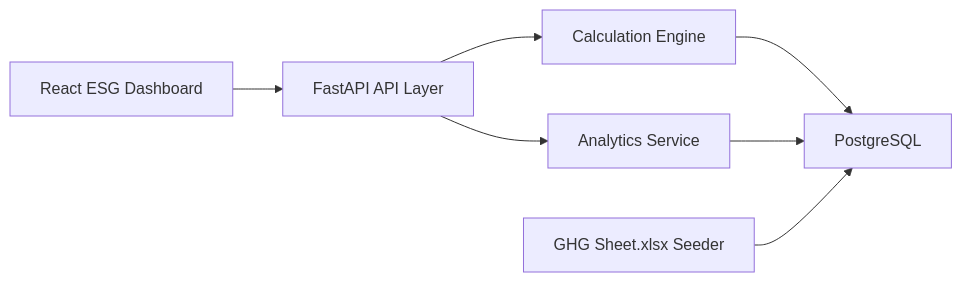
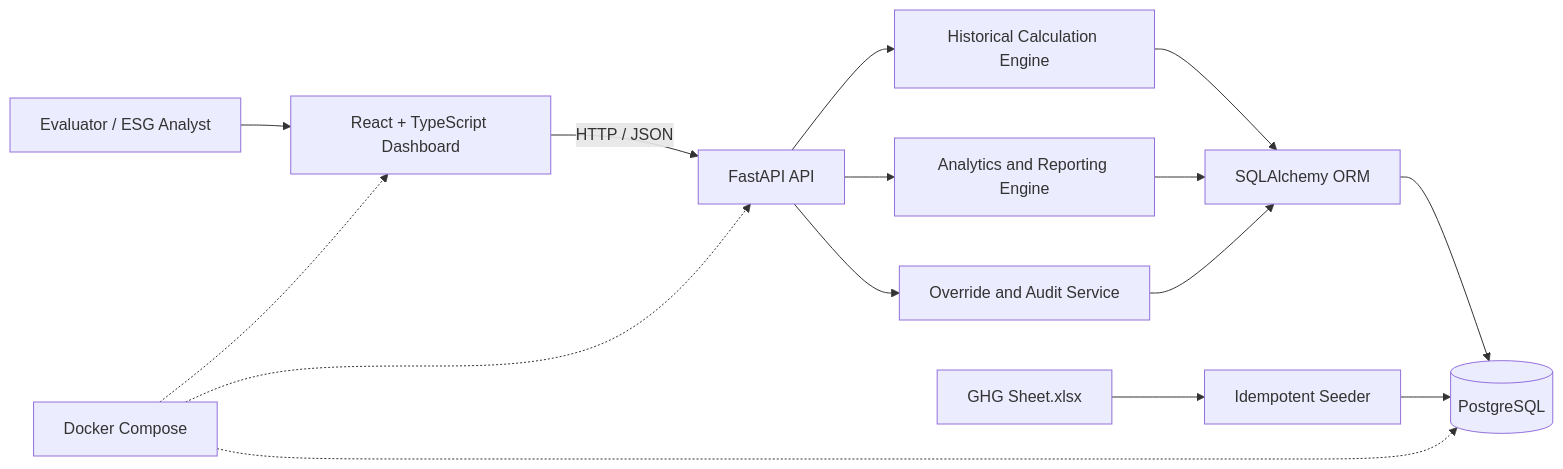
One commit to Redhair-Shannks/Carbon-Emissions changed the diagram in README.md. Above: the diagram before and after it, drawn with Mermaid. The commit also changed other lines of this file and 13 other files, not shown here.

````diff
--- a/README.md
+++ b/README.md
@@ -15,9 +15,17 @@
 ```mermaid
 flowchart LR
-  A["React ESG Dashboard"] --> B["FastAPI API Layer"]
-  B --> C["Calculation Engine"]
-  B --> D["Analytics Service"]
-  C --> E["PostgreSQL"]
-  D --> E
-  F["GHG Sheet.xlsx Seeder"] --> E
+  U["Evaluator / ESG Analyst"] --> F["React + TypeScript Dashboard"]
+  F -->|"HTTP / JSON"| A["FastAPI API"]
+  A --> C["Historical Calculation Engine"]
+  A --> R["Analytics and Reporting Engine"]
+  A --> O["Override and Audit Service"]
+  C --> S["SQLAlchemy ORM"]
+  R --> S
+  O --> S
+  S --> P[("PostgreSQL")]
+  W["GHG Sheet.xlsx"] --> I["Idempotent Seeder"]
+  I --> P
+  D["Docker Compose"] -.-> F
+  D -.-> A
+  D -.-> P
 ```
````
